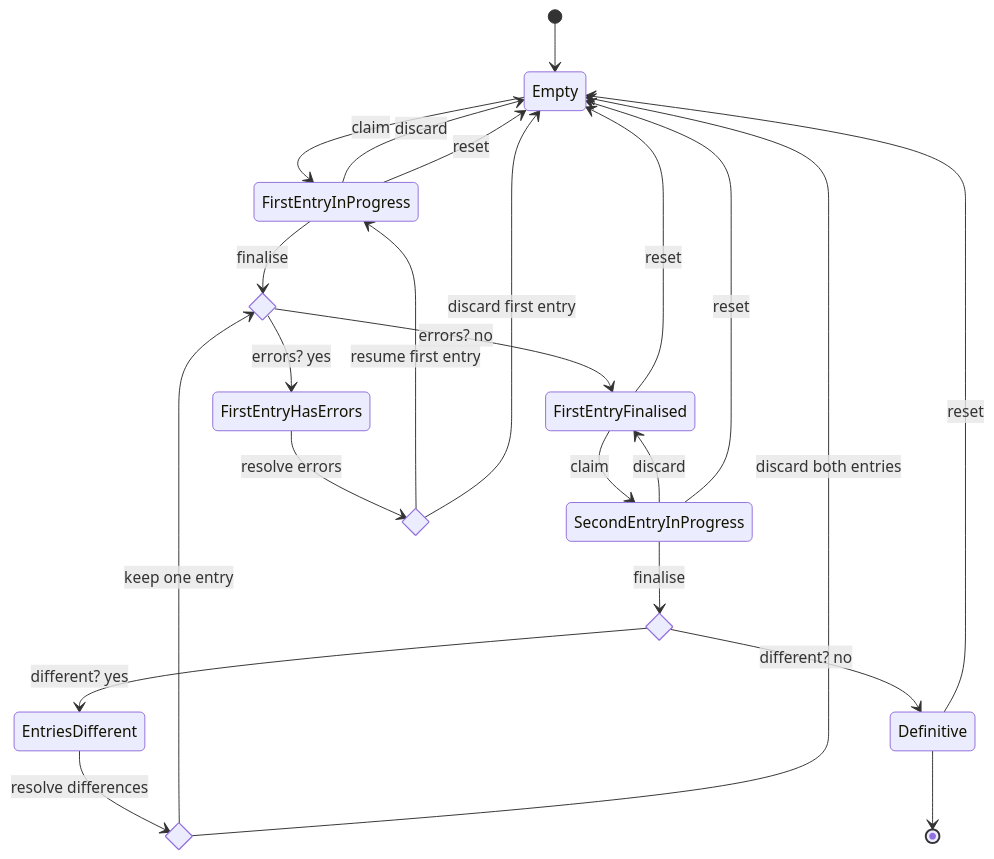
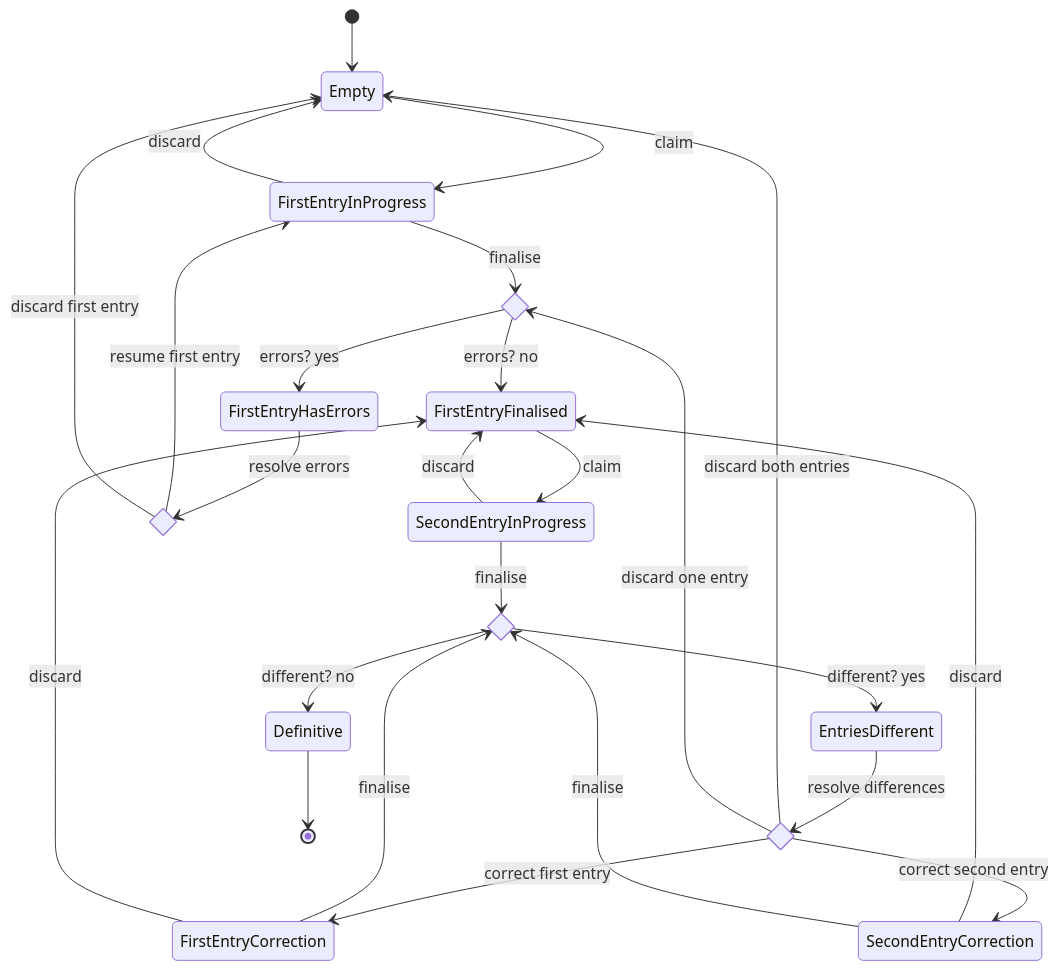
The diagram in documentatie/state-machines/data-entry-state.md (kiesraad/abacus), drawn with Mermaid before and after one commit. The commit also changed other lines of this file, not shown here.

Commit message:
Add correction states to data-entry-state.md (#3665)

````diff
--- a/documentatie/state-machines/data-entry-state.md
+++ b/documentatie/state-machines/data-entry-state.md
@@ -11,38 +17,38 @@
 ```mermaid
 stateDiagram-v2
   [*] --> Empty
   Empty --> FirstEntryInProgress: claim
-  %% FirstEntryInProgress --> FirstEntryInProgress: save
 
   state first_has_errors <<choice>>
   FirstEntryInProgress --> first_has_errors: finalise
   FirstEntryInProgress --> Empty: discard
-  
   first_has_errors --> FirstEntryFinalised: errors? no
   first_has_errors --> FirstEntryHasErrors: errors? yes
 
   FirstEntryFinalised --> SecondEntryInProgress: claim
-  %% SecondEntryInProgress --> SecondEntryInProgress: save
   SecondEntryInProgress --> FirstEntryFinalised: discard
 
-  state first_resolve_errors <<choice>>
-  FirstEntryHasErrors --> first_resolve_errors: resolve errors
-  first_resolve_errors --> FirstEntryInProgress: resume first entry
-  first_resolve_errors --> Empty: discard first entry
+  state resolve_errors <<choice>>
+  FirstEntryHasErrors --> resolve_errors: resolve errors
+  resolve_errors --> FirstEntryInProgress: resume first entry
+  resolve_errors --> Empty: discard first entry
   
   state is_different <<choice>>
   SecondEntryInProgress --> is_different: finalise
   is_different --> EntriesDifferent: different? yes
   is_different --> Definitive: different? no
   
-  state resolve <<choice>>
-  EntriesDifferent --> resolve: resolve differences
-  resolve --> first_has_errors: keep one entry
-  resolve --> Empty: discard both entries
-  FirstEntryInProgress --> Empty: reset
-  FirstEntryFinalised --> Empty: reset
-  SecondEntryInProgress --> Empty: reset
-  Definitive --> Empty: reset
+  state resolve_differences <<choice>>
+  EntriesDifferent --> resolve_differences: resolve differences
+  resolve_differences --> Empty: discard both entries
+  resolve_differences --> first_has_errors: discard one entry
+  resolve_differences --> FirstEntryCorrection: correct first entry
+  resolve_differences --> SecondEntryCorrection: correct second entry
+
+  FirstEntryCorrection --> is_different: finalise
+  FirstEntryCorrection --> FirstEntryFinalised: discard
+  SecondEntryCorrection --> FirstEntryFinalised: discard
+  SecondEntryCorrection --> is_different: finalise
 
   Definitive --> [*]
 ```
````
